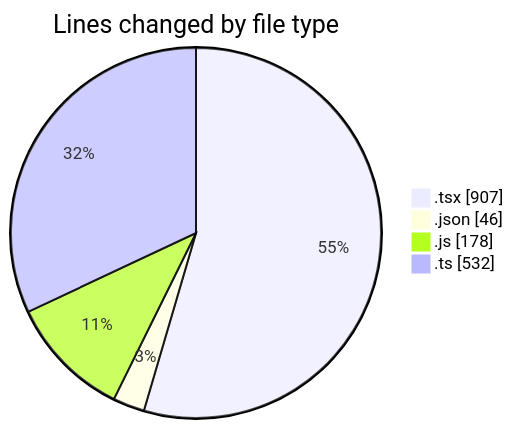
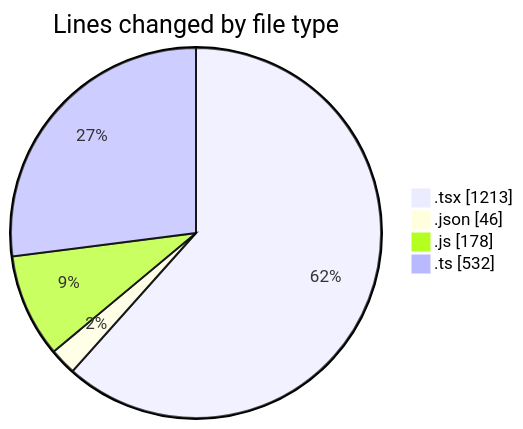
Before and after one commit to momahboobian/code-tracking: the first of 2 diagrams in 2026-08-07/cda/README.md, drawn with Mermaid. The commit also changed other lines of this file and 1 other file, not shown here.

````diff
--- a/2026-08-07/cda/README.md
+++ b/2026-08-07/cda/README.md
@@ -30,8 +30,8 @@
 ```mermaid
 pie showData
 title Lines changed by file type
-".tsx" : 907
+".tsx" : 1213
 ".json" : 46
 ".js" : 178
 ".ts" : 532
 ```
````
